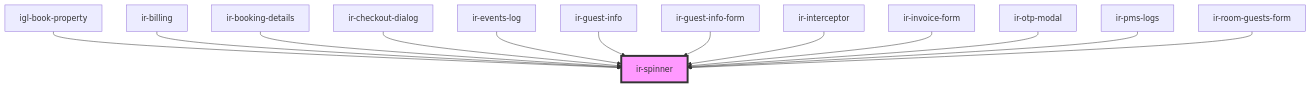
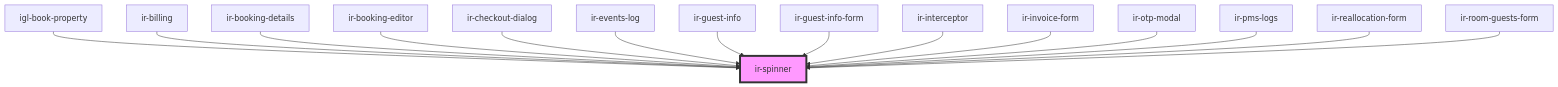
The diagram in src/components/ui/ir-spinner/readme.md (RonyRizk/ir-webcmp), drawn with Mermaid before and after one commit. The commit also changed other lines of this file and 235 other files, not shown here.

````diff
--- a/src/components/ui/ir-spinner/readme.md
+++ b/src/components/ui/ir-spinner/readme.md
@@ -36,16 +38,18 @@
 ```mermaid
 graph TD;
   igl-book-property --> ir-spinner
   ir-billing --> ir-spinner
   ir-booking-details --> ir-spinner
+  ir-booking-editor --> ir-spinner
   ir-checkout-dialog --> ir-spinner
   ir-events-log --> ir-spinner
   ir-guest-info --> ir-spinner
   ir-guest-info-form --> ir-spinner
   ir-interceptor --> ir-spinner
   ir-invoice-form --> ir-spinner
   ir-otp-modal --> ir-spinner
   ir-pms-logs --> ir-spinner
+  ir-reallocation-form --> ir-spinner
   ir-room-guests-form --> ir-spinner
   style ir-spinner fill:#f9f,stroke:#333,stroke-width:4px
 ```
````
